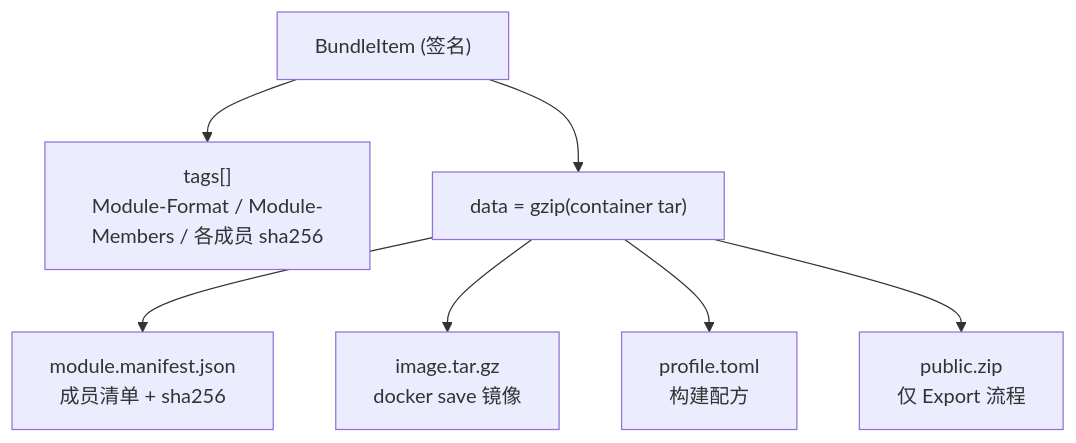
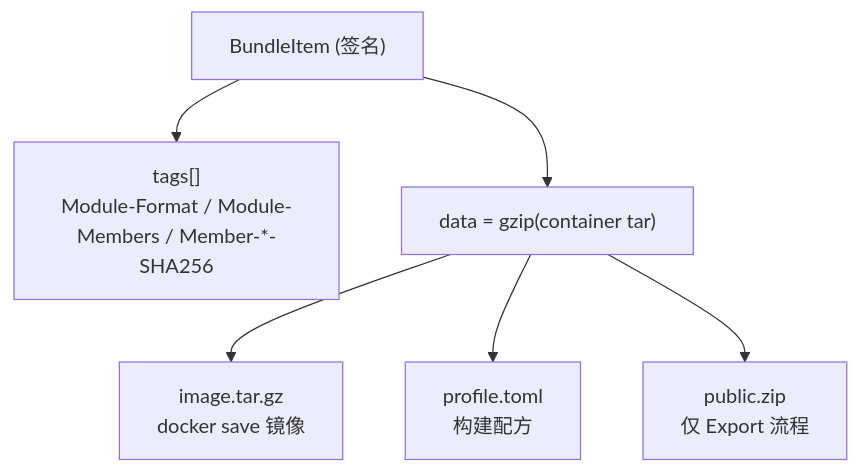
One commit to cryptowizard0/vmdocker_agent changed the first of 5 diagrams in docs/superpowers/specs/2026-06-16-vmdocker-capability-export-import-design.md. Above: the diagram before and after it, drawn with Mermaid. The commit also changed other lines of this file, not shown here.

First line of the commit message:
Add export preview (dry-run); drop module.manifest.json

````diff
--- a/docs/superpowers/specs/2026-06-16-vmdocker-capability-export-import-design.md
+++ b/docs/superpowers/specs/2026-06-16-vmdocker-capability-export-import-design.md
@@ -162,17 +163,15 @@
 ```mermaid
 flowchart TB
     BI["BundleItem (签名)"]
-    Tags["tags[]<br/>Module-Format / Module-Members / 各成员 sha256"]
+    Tags["tags[]<br/>Module-Format / Module-Members / Member-*-SHA256"]
     Data["data = gzip(container tar)"]
     M1["image.tar.gz<br/>docker save 镜像"]
     M2["profile.toml<br/>构建配方"]
     M3["public.zip<br/>仅 Export 流程"]
-    Mani["module.manifest.json<br/>成员清单 + sha256"]
 
     BI --> Tags
     BI --> Data
-    Data --> Mani
     Data --> M1
     Data --> M2
     Data --> M3
 ```
````
